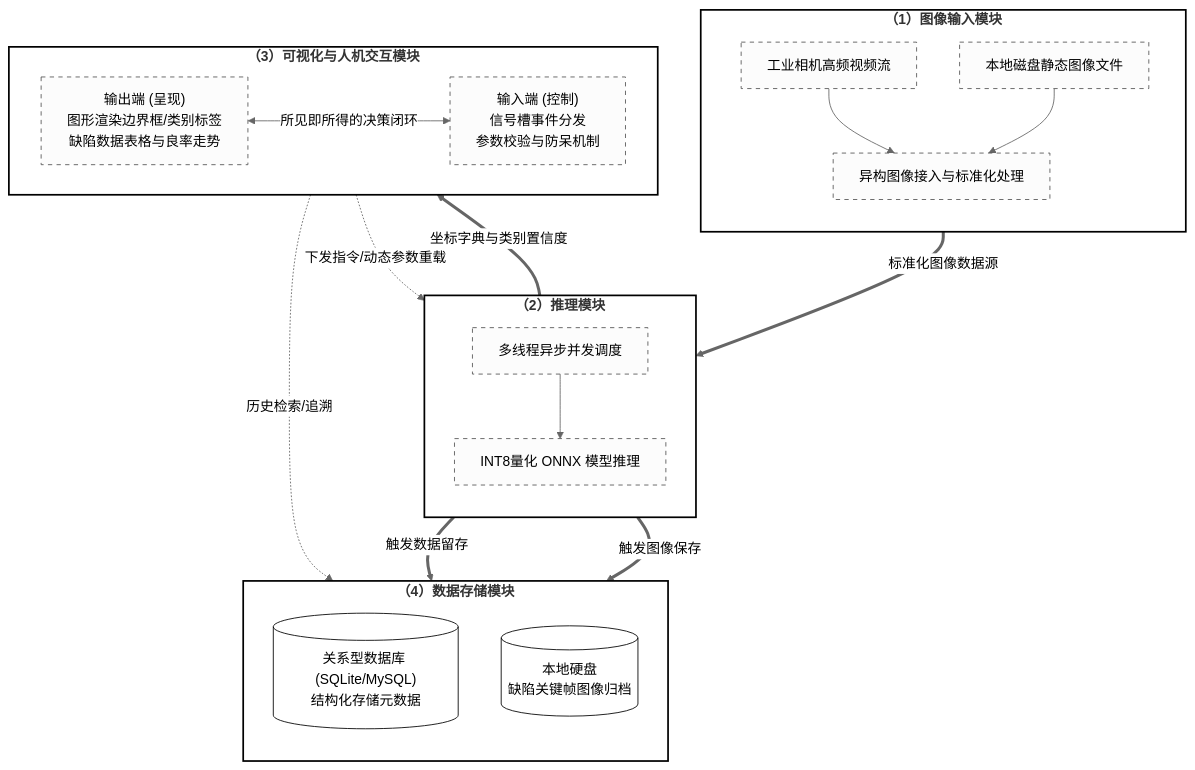
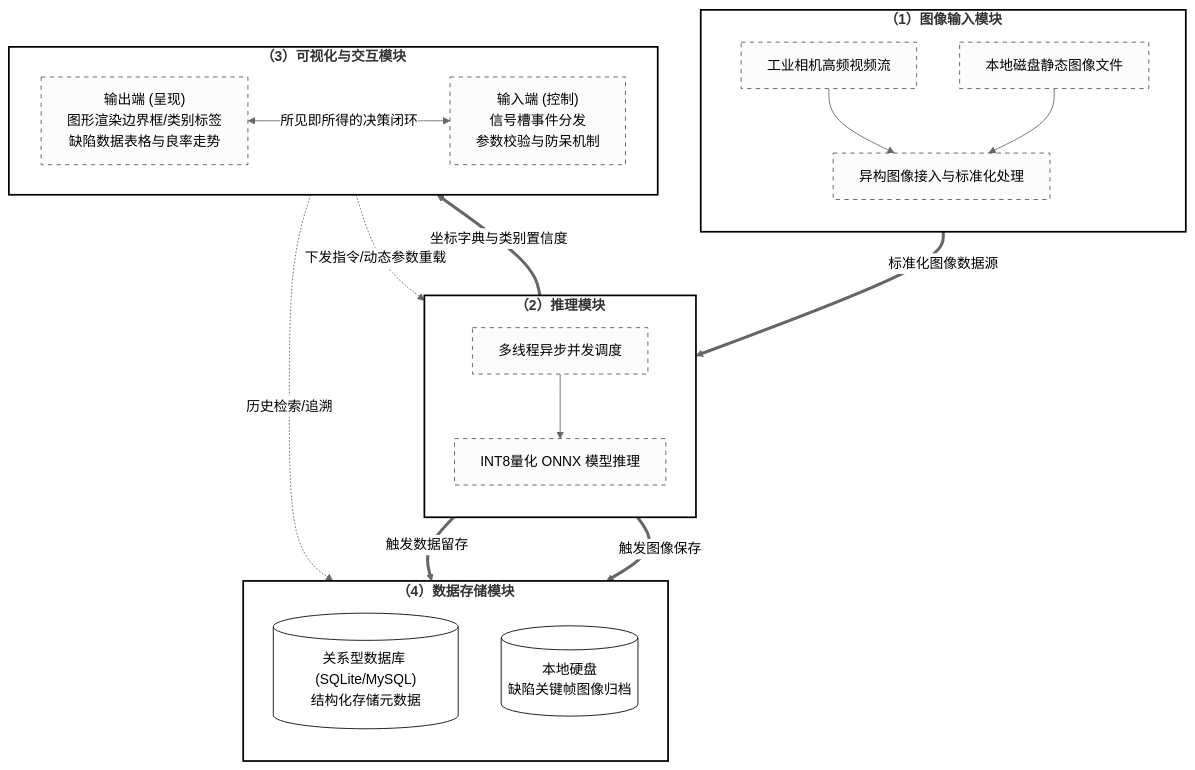
Before and after one commit to MAOSHENGsong/iodraw-files: the diagram in all/未命名.md, drawn with Mermaid (neutral theme).

Commit message:
2026-03-12 14:36:05 update

````diff
--- a/all/未命名.md
+++ b/all/未命名.md
@@ -1,52 +1,52 @@
 ```mermaid
 graph TD
     %% 整体样式设置：纯白背景，适合学术论文
     classDef mainModule fill:#ffffff,stroke:#000000,stroke-width:2px,font-weight:bold,font-size:16px;
     classDef subNode fill:#fcfcfc,stroke:#555555,stroke-width:1px,stroke-dasharray: 5 5;
     classDef dbNode fill:#ffffff,stroke:#000000,stroke-width:1px;
 
     %% 1. 图像输入模块
     subgraph Module1["（1）图像输入模块"]
         direction TB
         I1[工业相机高频视频流] --> I3[异构图像接入与标准化处理]
         I2[本地磁盘静态图像文件] --> I3
     end
 
     %% 2. 推理模块
     subgraph Module2["（2）推理模块"]
         direction TB
         R1[多线程异步并发调度] --> R2[INT8量化 ONNX 模型推理]
     end
 
     %% 3. 可视化与人机交互模块
-    subgraph Module3["（3）可视化与人机交互模块"]
+    subgraph Module3["（3）可视化与交互模块"]
         direction LR
         V1["输出端 (呈现)<br>图形渲染边界框/类别标签<br>缺陷数据表格与良率走势"]
         V2["输入端 (控制)<br>信号槽事件分发<br>参数校验与防呆机制"]
         V1 <-->|所见即所得的决策闭环| V2
     end
 
     %% 4. 数据存储模块
     subgraph Module4["（4）数据存储模块"]
         direction TB
         S1[("关系型数据库 (SQLite/MySQL)<br>结构化存储元数据")]
         S2[("本地硬盘<br>缺陷关键帧图像归档")]
     end
 
     %% 模块间的数据流向 (连线)
     I3 == 标准化图像数据源 ==> R1
     
     R2 == "坐标字典与类别置信度" ==> V1
     V2 -. "下发指令/动态参数重载" .-> R1
     
     R2 == 触发数据留存 ==> S1
     R2 == 触发图像保存 ==> S2
     
     V1 -. 历史检索/追溯 .-> S1
 
     %% 应用样式
     class Module1,Module2,Module3,Module4 mainModule;
     class I1,I2,I3,R1,R2,V1,V2 subNode;
     class S1,S2 dbNode;
   
 ```
````
